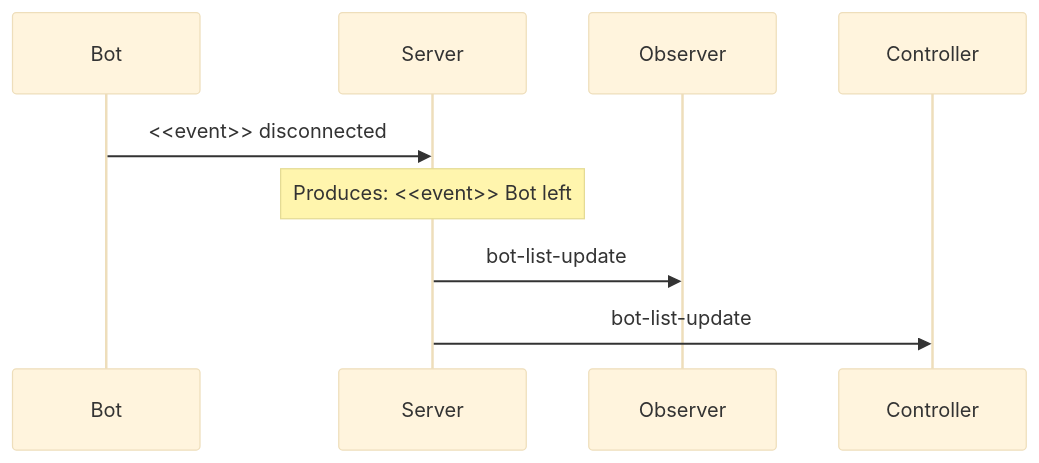
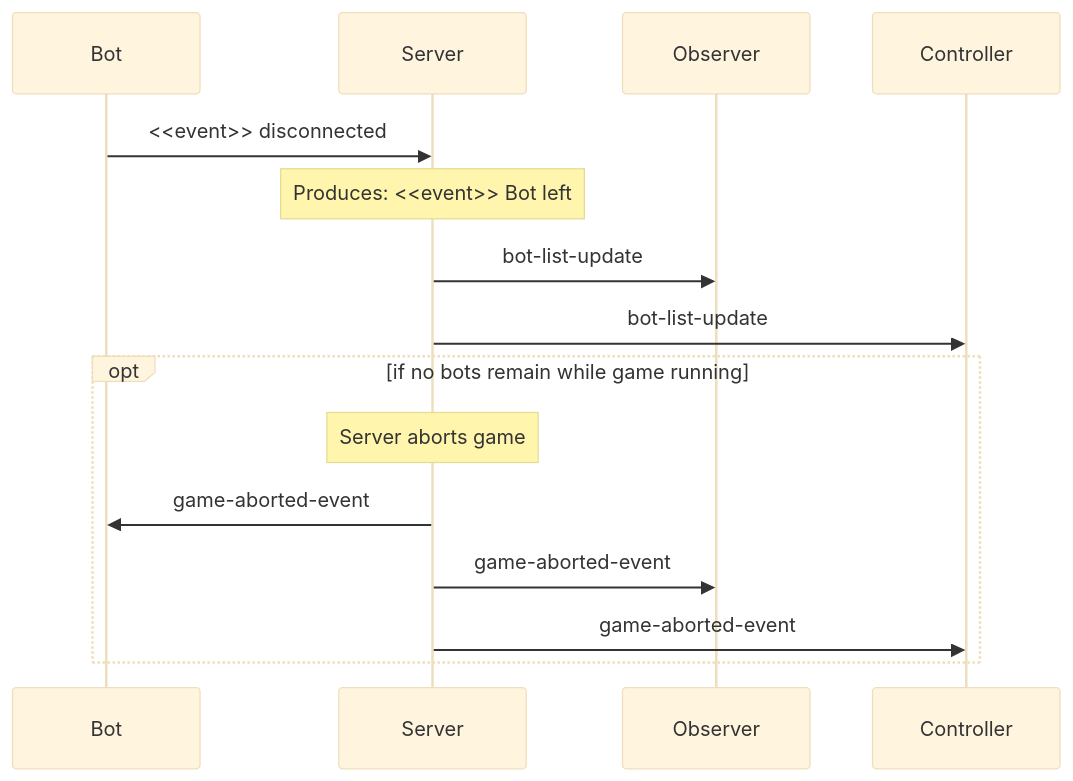
Before and after one commit to robocode-dev/tank-royale: the second of 13 diagrams in schema/schemas/README.md, drawn with Mermaid (base theme). The commit also changed other lines of this file and 9 other files, not shown here.

````diff
--- a/schema/schemas/README.md
+++ b/schema/schemas/README.md
@@ -47,7 +51,13 @@
 ```mermaid
 sequenceDiagram
-    Bot->>Server: <<event>> disconnected
-    Note over Server: Produces: <<event>> Bot left
-    Server->>Observer: bot-list-update
-    Server->>Controller: bot-list-update
+Bot->>Server: <<event>> disconnected
+Note over Server: Produces: <<event>> Bot left
+Server->>Observer: bot-list-update
+Server->>Controller: bot-list-update
+opt if no bots remain while game running
+    Note over Server: Server aborts game
+    Server->>Bot: game-aborted-event
+    Server->>Observer: game-aborted-event
+    Server->>Controller: game-aborted-event
+end
 ```
````
